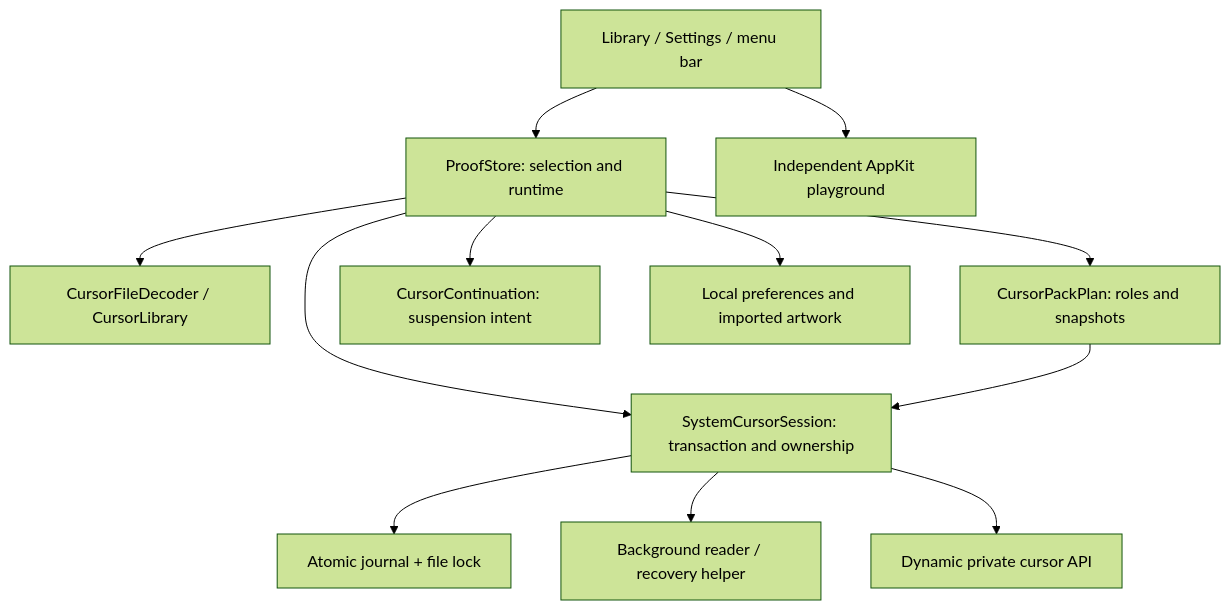
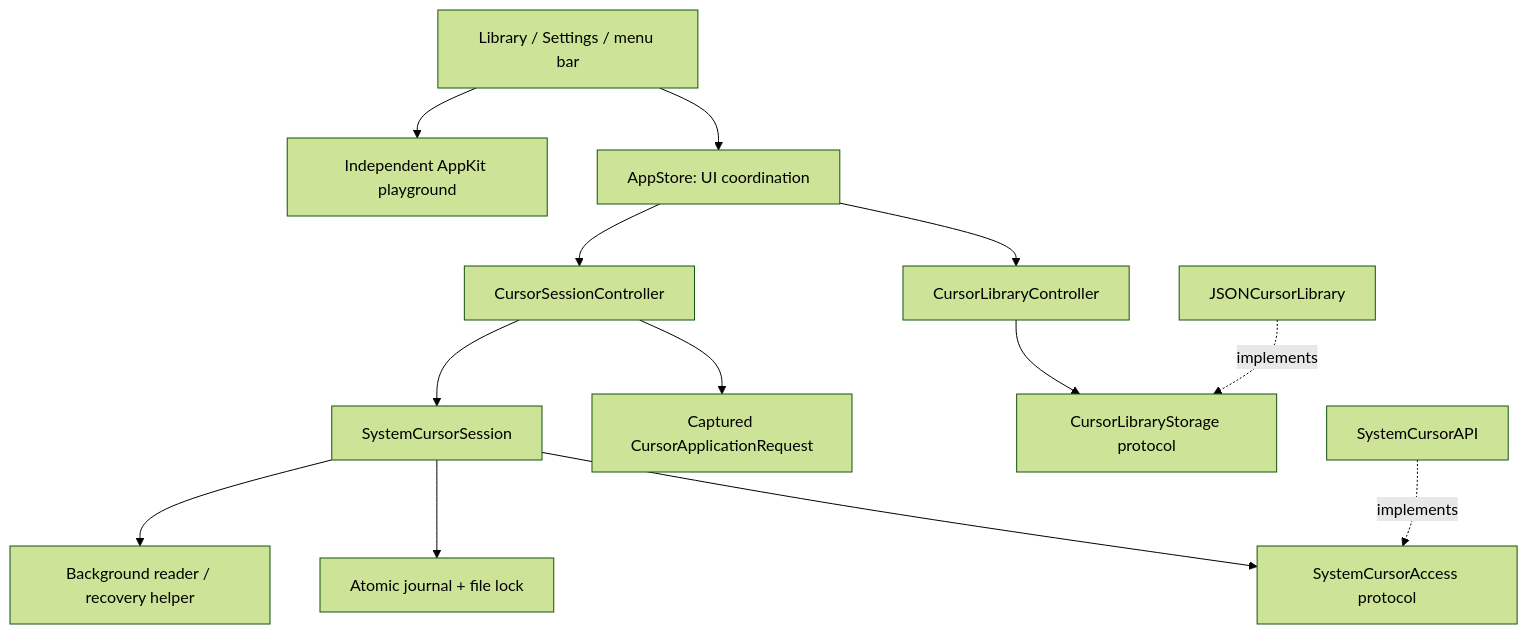
The diagram in docs/ARCHITECTURE.md (izulsyauki/octapuss), drawn with Mermaid (forest theme) before and after one commit. The commit also changed other lines of this file and 67 other files, not shown here.

````diff
--- a/docs/ARCHITECTURE.md
+++ b/docs/ARCHITECTURE.md
@@ -5,14 +5,15 @@
 ```mermaid
 flowchart TD
-    UI[Library / Settings / menu bar] --> S[ProofStore: selection and runtime]
-    S --> I[CursorFileDecoder / CursorLibrary]
-    S --> P[CursorPackPlan: roles and snapshots]
-    S --> C[CursorContinuation: suspension intent]
-    S --> B[SystemCursorSession: transaction and ownership]
-    P --> B
-    B --> J[Atomic journal + file lock]
-    B --> H[Background reader / recovery helper]
-    B --> API[Dynamic private cursor API]
-    UI --> V[Independent AppKit playground]
-    S --> D[Local preferences and imported artwork]
+    UI[Library / Settings / menu bar] --> S[AppStore: UI coordination]
+    S --> L[CursorLibraryController]
+    S --> R[CursorSessionController]
+    L --> Storage[CursorLibraryStorage protocol]
+    JSON[JSONCursorLibrary] -. implements .-> Storage
+    R --> Request[Captured CursorApplicationRequest]
+    R --> Session[SystemCursorSession]
+    Session --> Access[SystemCursorAccess protocol]
+    API[SystemCursorAPI] -. implements .-> Access
+    Session --> Journal[Atomic journal + file lock]
+    Session --> Helper[Background reader / recovery helper]
+    UI --> Preview[Independent AppKit playground]
 ```
````
